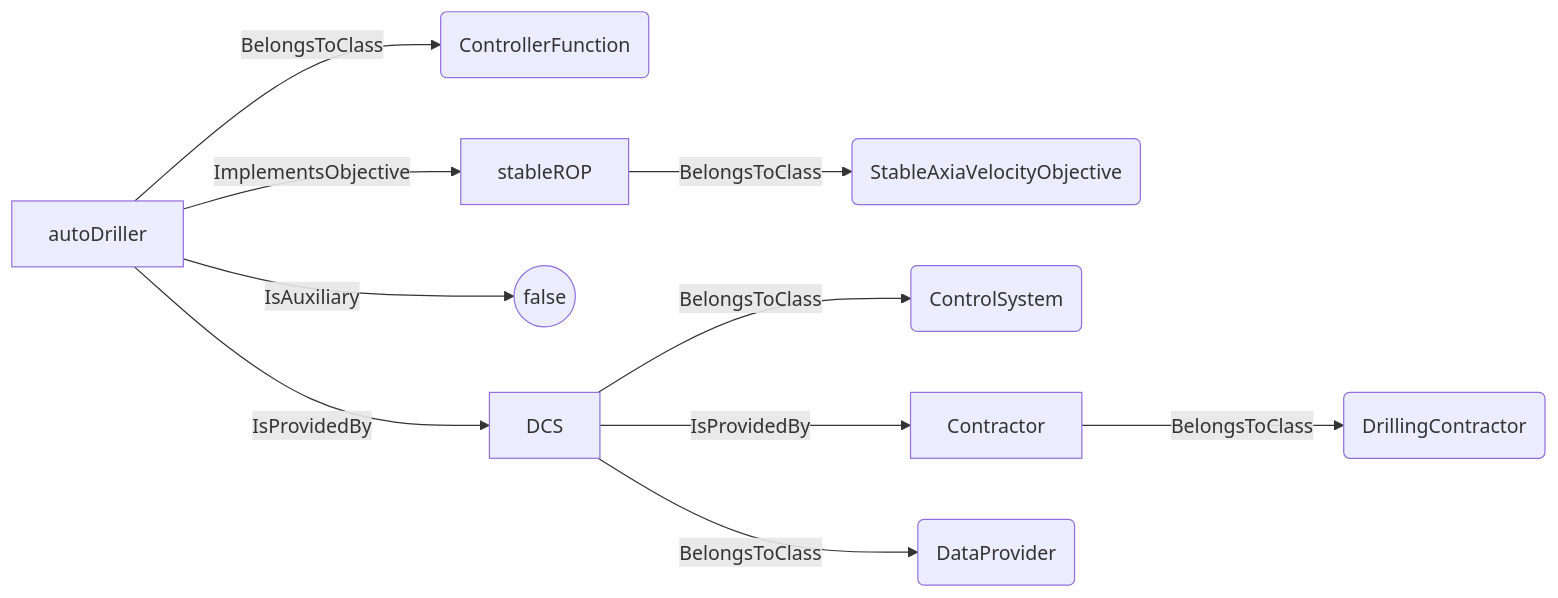
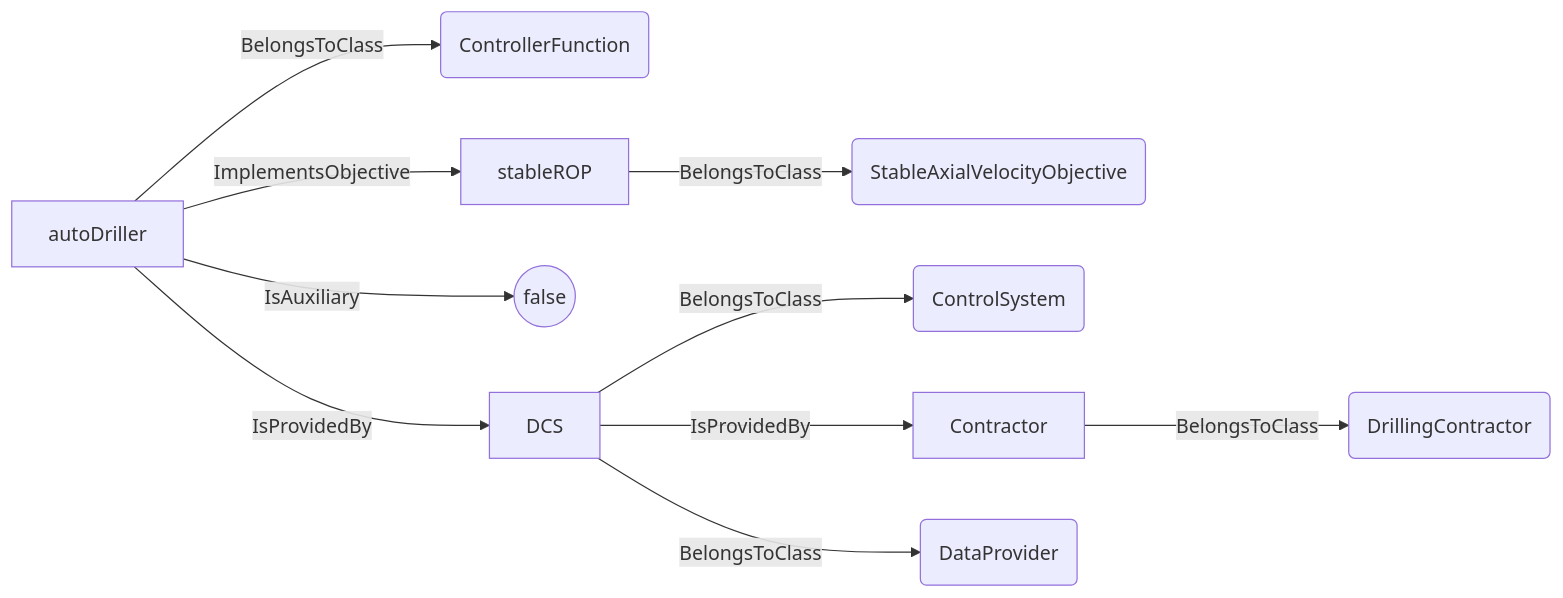
One commit to D-WIS/DDHub-Semantic-Interoperability changed the fourth of 20 diagrams in docs/vocabulary_development/auto-generated/md/definition-files/ADCS.md. Above: the diagram before and after it, drawn with Mermaid. The commit also changed other lines of this file and 8 other files, not shown here.

````diff
--- a/docs/vocabulary_development/auto-generated/md/definition-files/ADCS.md
+++ b/docs/vocabulary_development/auto-generated/md/definition-files/ADCS.md
@@ -139,12 +139,12 @@
 ```mermaid
 graph LR
 	N0000[autoDriller] -->|BelongsToClass| N0001(ControllerFunction) 
-	N0002[stableROP] -->|BelongsToClass| N0003(StableAxiaVelocityObjective) 
+	N0002[stableROP] -->|BelongsToClass| N0003(StableAxialVelocityObjective) 
 	N0000[autoDriller] -->|ImplementsObjective| N0002[stableROP] 
 	N0000[autoDriller] -->|IsAuxiliary| N0004(("false")) 
 	N0005[DCS] -->|BelongsToClass| N0006(ControlSystem) 
 	N0007[Contractor] -->|BelongsToClass| N0008(DrillingContractor) 
 	N0005[DCS] -->|IsProvidedBy| N0007[Contractor] 
 	N0005[DCS] -->|BelongsToClass| N0009(DataProvider) 
 	N0000[autoDriller] -->|IsProvidedBy| N0005[DCS] 
 ```
````
